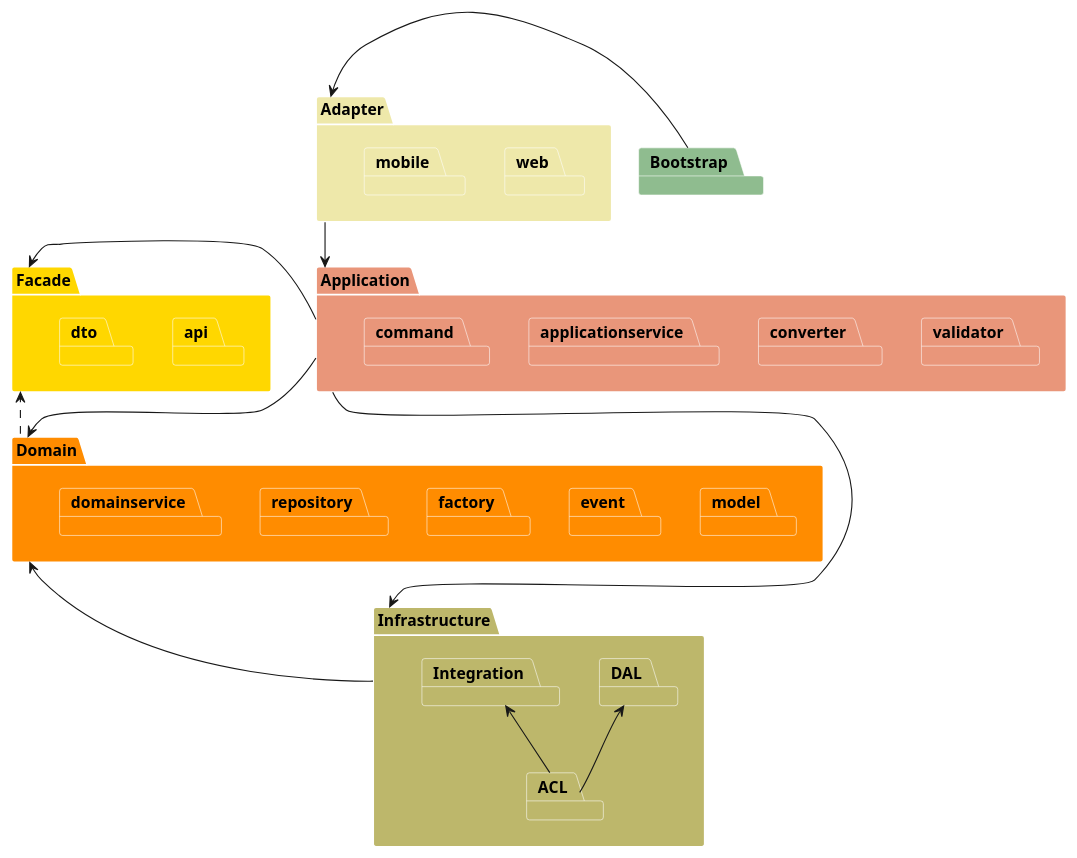
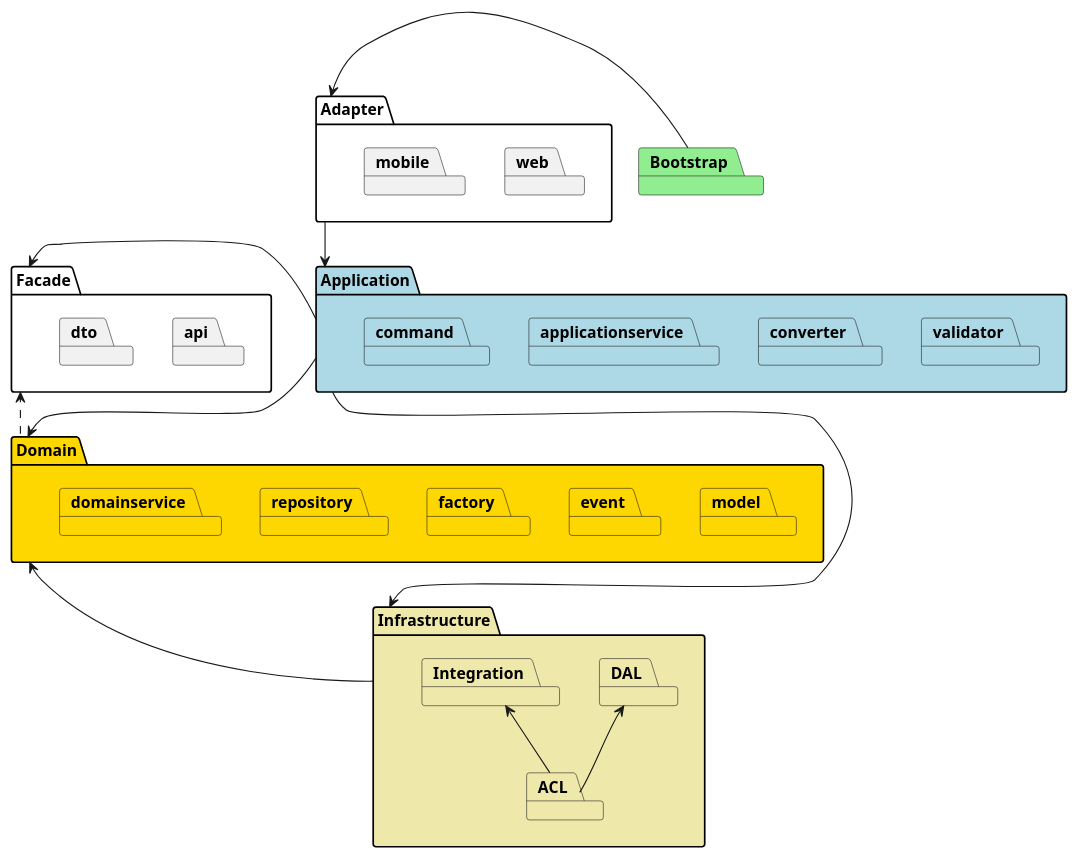
Before and after one commit to lazycece/ddla: the diagram in document/puml/ddd-module.puml, drawn with PlantUML. The commit also changed 3 other files, not shown here.

```diff
--- a/document/puml/ddd-module.puml
+++ b/document/puml/ddd-module.puml
@@ -1,60 +1,60 @@
 @startuml ddd-module
-package "Bootstrap" #DarkSeaGreen
-package "Adapter" #PaleGoldenRod {
-    package "web" #PaleGoldenRod{
+package "Bootstrap" #LightGreen
+package "Adapter"  {
+    package "web" {
     }
-    package "mobile" #PaleGoldenRod{
+    package "mobile" {
     }
 }
-package "Facade" #Gold{
-    package "api" #Gold{
+package "Facade" {
+    package "api" {
     }
-    package "dto" #Gold{
+    package "dto" {
     }
 }
-package "Application" #DarkSalmon {
-    package "validator" #DarkSalmon{
+package "Application" #LightBlue {
+    package "validator" #LightBlue{
     }
-    package "converter" #DarkSalmon{
+    package "converter" #LightBlue{
     }
-    package "applicationservice" #DarkSalmon{
+    package "applicationservice" #LightBlue{
     }
-    package "command" #DarkSalmon{
+    package "command" #LightBlue{
     }
 }
-package "Domain" #Darkorange {
-    package "model" #Darkorange{
+package "Domain" #Gold {
+    package "model" #Gold{
     }
-    package "event" #Darkorange{
+    package "event" #Gold{
     }
-    package "factory" #Darkorange{
+    package "factory" #Gold{
     }
-    package "repository" #Darkorange{
+    package "repository" #Gold{
     }
-    package "domainservice" #Darkorange{
+    package "domainservice" #Gold{
     }
 }
-package "Infrastructure" #DarkKhaki {
-    package "ACL" #DarkKhaki{
+package "Infrastructure" #PaleGoldenRod {
+    package "ACL" #PaleGoldenRod{
     }
-    package "DAL" #DarkKhaki{
+    package "DAL" #PaleGoldenRod{
     }
-    package "Integration" #DarkKhaki{
+    package "Integration" #PaleGoldenRod{
     }
 }
 
 skinparam package {
-    borderColor white
+    ' borderColor white
 }
 
 ACL -up-> Integration
 ACL -up-> DAL
 
 Domain ..left..> Facade
 Application -down-> Domain
 Infrastructure -up-> Domain
 Adapter -down-> Application
 Application -left-> Facade
 Application -down-> Infrastructure
 Bootstrap -right-> Adapter
 @enduml
```
